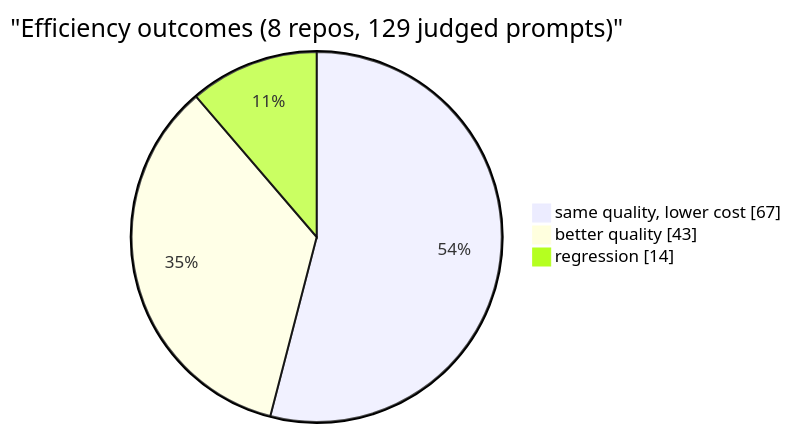
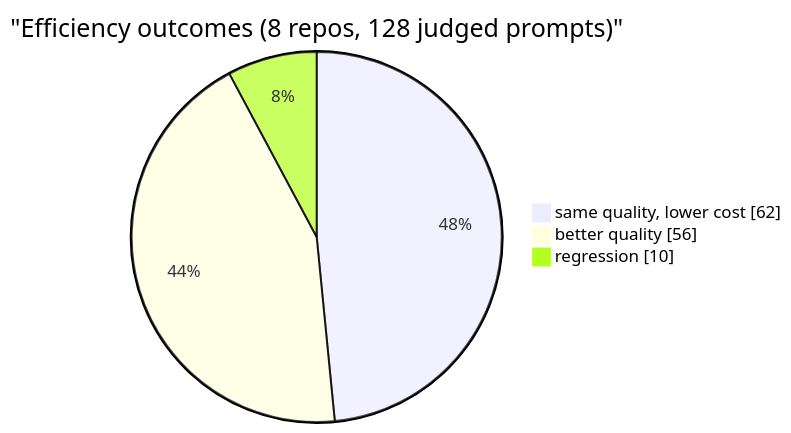
Before and after one commit to siropkin/budi: the second of 2 diagrams in README.md, drawn with Mermaid. The commit also changed other lines of this file and 5 other files, not shown here.

````diff
--- a/README.md
+++ b/README.md
@@ -46,7 +46,7 @@
 ```mermaid
 pie showData
-    title "Efficiency outcomes (8 repos, 129 judged prompts)"
-    "same quality, lower cost" : 67
-    "better quality" : 43
-    "regression" : 14
+    title "Efficiency outcomes (8 repos, 128 judged prompts)"
+    "same quality, lower cost" : 62
+    "better quality" : 56
+    "regression" : 10
 ```
````
